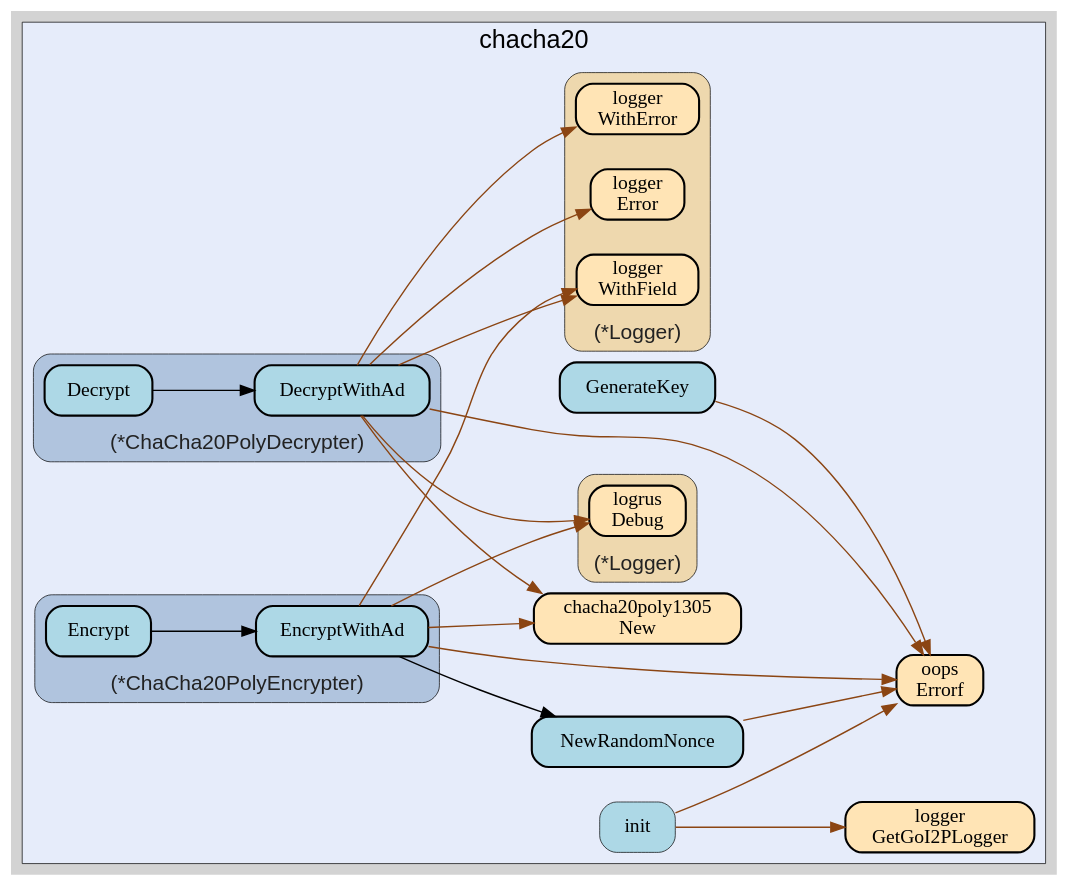
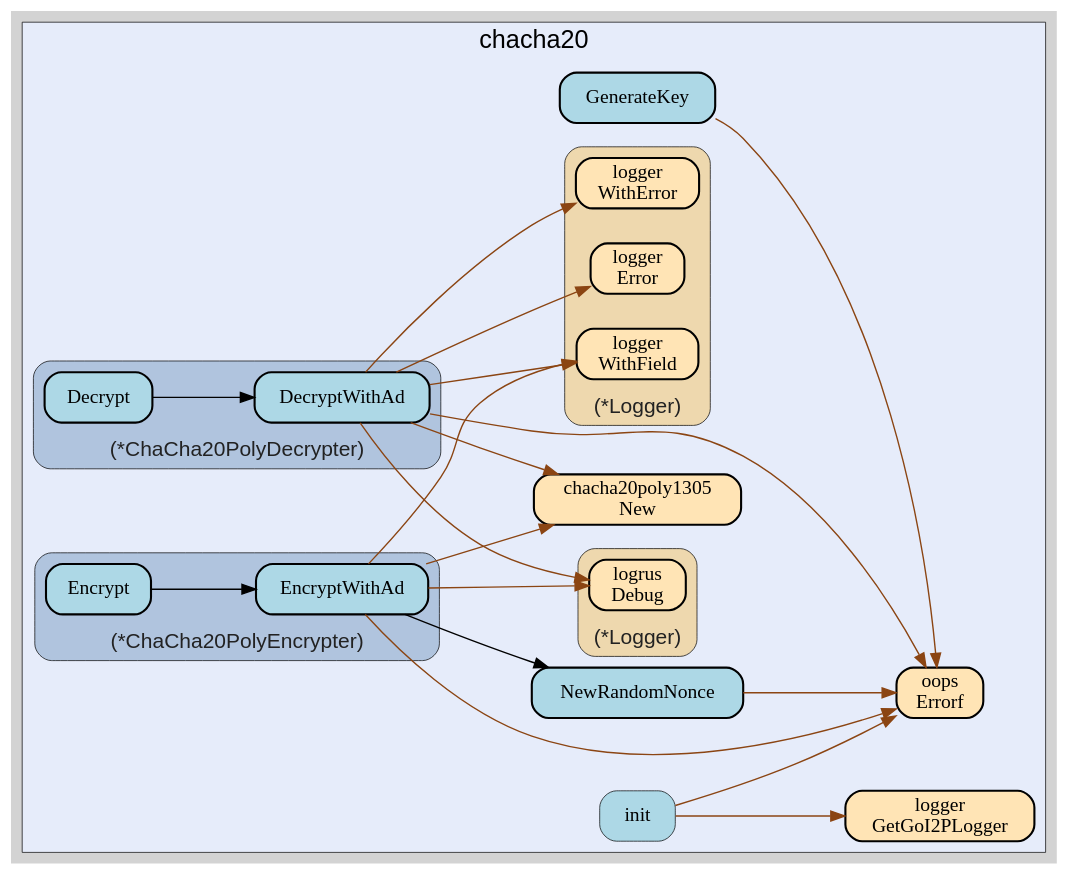
One commit to go-i2p/crypto changed the diagram in chacha20/chacha20.gv. Above: the diagram before and after it, drawn with Graphviz. The commit also changed 37 other files, not shown here.

```diff
--- a/chacha20/chacha20.gv
+++ b/chacha20/chacha20.gv
@@ -20,90 +20,90 @@
 labeljust="c";
 fontsize="18";
         
-        "github.com/samber/oops.Errorf" [ label="oops\nErrorf" penwidth="1.5" tooltip="github.com/samber/oops.Errorf | defined in oops.go:34" fillcolor="moccasin" ]
         "golang.org/x/crypto/chacha20poly1305.New" [ penwidth="1.5" tooltip="golang.org/x/crypto/chacha20poly1305.New | defined in chacha20poly1305.go:40" fillcolor="moccasin" label="chacha20poly1305\nNew" ]
-        "github.com/go-i2p/crypto/chacha20.init" [ fillcolor="lightblue" label="init" penwidth="0.5" tooltip="github.com/go-i2p/crypto/chacha20.init | defined in .:0\nat chacha20.go:22: calling [github.com/samber/oops.Errorf]\nat chacha20.go:23: calling [github.com/samber/oops.Errorf]\nat chacha20.go:24: calling [github.com/samber/oops.Errorf]\nat chacha20.go:25: calling [github.com/samber/oops.Errorf]\nat chacha20.go:26: calling [github.com/samber/oops.Errorf]\nat chacha20.go:11: calling [github.com/go-i2p/logger.GetGoI2PLogger]" ]
+        "github.com/samber/oops.Errorf" [ fillcolor="moccasin" label="oops\nErrorf" penwidth="1.5" tooltip="github.com/samber/oops.Errorf | defined in oops.go:34" ]
+        "github.com/go-i2p/crypto/chacha20.NewRandomNonce" [ fillcolor="lightblue" label="NewRandomNonce" penwidth="1.5" tooltip="github.com/go-i2p/crypto/chacha20.NewRandomNonce | defined in utils.go:13\nat utils.go:17: calling [github.com/samber/oops.Errorf]" ]
+        "github.com/go-i2p/crypto/chacha20.GenerateKey" [ tooltip="github.com/go-i2p/crypto/chacha20.GenerateKey | defined in chacha20_key.go:12\nat chacha20_key.go:16: calling [github.com/samber/oops.Errorf]" fillcolor="lightblue" label="GenerateKey" penwidth="1.5" ]
+        "github.com/go-i2p/crypto/chacha20.init" [ label="init" penwidth="0.5" tooltip="github.com/go-i2p/crypto/chacha20.init | defined in .:0\nat constants.go:23: calling [github.com/samber/oops.Errorf]\nat constants.go:24: calling [github.com/samber/oops.Errorf]\nat constants.go:25: calling [github.com/samber/oops.Errorf]\nat constants.go:26: calling [github.com/samber/oops.Errorf]\nat constants.go:27: calling [github.com/samber/oops.Errorf]\nat constants.go:10: calling [github.com/go-i2p/logger.GetGoI2PLogger]" fillcolor="lightblue" ]
         "github.com/go-i2p/logger.GetGoI2PLogger" [ fillcolor="moccasin" label="logger\nGetGoI2PLogger" penwidth="1.5" tooltip="github.com/go-i2p/logger.GetGoI2PLogger | defined in log.go:120" ]
-        "github.com/go-i2p/crypto/chacha20.NewRandomNonce" [ fillcolor="lightblue" label="NewRandomNonce" penwidth="1.5" tooltip="github.com/go-i2p/crypto/chacha20.NewRandomNonce | defined in chacha20.go:36\nat chacha20.go:40: calling [github.com/samber/oops.Errorf]" ]
-        "github.com/go-i2p/crypto/chacha20.GenerateKey" [ tooltip="github.com/go-i2p/crypto/chacha20.GenerateKey | defined in chacha20_key.go:12\nat chacha20_key.go:16: calling [github.com/samber/oops.Errorf]" fillcolor="lightblue" label="GenerateKey" penwidth="1.5" ]
         
         subgraph "cluster_*github.com/go-i2p/crypto/chacha20.ChaCha20PolyDecrypter" {
-        fontcolor="#222222";
+        penwidth="0.5";
+fontsize="15";
+fontcolor="#222222";
+style="rounded,filled";
+tooltip="type: *github.com/go-i2p/crypto/chacha20.ChaCha20PolyDecrypter";
 labelloc="b";
-tooltip="type: *github.com/go-i2p/crypto/chacha20.ChaCha20PolyDecrypter";
-penwidth="0.5";
-fontsize="15";
-style="rounded,filled";
 fillcolor="lightsteelblue";
 label="(*ChaCha20PolyDecrypter)";
         
-        "(*github.com/go-i2p/crypto/chacha20.ChaCha20PolyDecrypter).DecryptWithAd" [ tooltip="(*github.com/go-i2p/crypto/chacha20.ChaCha20PolyDecrypter).DecryptWithAd | defined in chacha20_decrypter.go:20\nat chacha20_decrypter.go:29: calling [golang.org/x/crypto/chacha20poly1305.New]\nat chacha20_decrypter.go:41: calling [(*github.com/go-i2p/logger.Logger).WithError]\nat chacha20_decrypter.go:41: calling [(*github.com/go-i2p/logger.Logger).Error]\nat chacha20_decrypter.go:21: calling [(*github.com/go-i2p/logger.Logger).WithField]\nat chacha20_decrypter.go:45: calling [(*github.com/go-i2p/logger.Logger).WithField]\nat chacha20_decrypter.go:21: calling [(*github.com/sirupsen/logrus.Logger).Debug]\nat chacha20_decrypter.go:45: calling [(*github.com/sirupsen/logrus.Logger).Debug]\nat chacha20_decrypter.go:25: calling [github.com/samber/oops.Errorf]\nat chacha20_decrypter.go:31: calling [github.com/samber/oops.Errorf]" fillcolor="lightblue" label="DecryptWithAd" penwidth="1.5" ]
-        "(*github.com/go-i2p/crypto/chacha20.ChaCha20PolyDecrypter).Decrypt" [ fillcolor="lightblue" label="Decrypt" penwidth="1.5" tooltip="(*github.com/go-i2p/crypto/chacha20.ChaCha20PolyDecrypter).Decrypt | defined in chacha20_decrypter.go:15\nat chacha20_decrypter.go:16: calling [(*github.com/go-i2p/crypto/chacha20.ChaCha20PolyDecrypter).DecryptWithAd]" ]
+        "(*github.com/go-i2p/crypto/chacha20.ChaCha20PolyDecrypter).DecryptWithAd" [ penwidth="1.5" tooltip="(*github.com/go-i2p/crypto/chacha20.ChaCha20PolyDecrypter).DecryptWithAd | defined in chacha20_decrypter.go:20\nat chacha20_decrypter.go:21: calling [(*github.com/sirupsen/logrus.Logger).Debug]\nat chacha20_decrypter.go:45: calling [(*github.com/sirupsen/logrus.Logger).Debug]\nat chacha20_decrypter.go:25: calling [github.com/samber/oops.Errorf]\nat chacha20_decrypter.go:31: calling [github.com/samber/oops.Errorf]\nat chacha20_decrypter.go:21: calling [(*github.com/go-i2p/logger.Logger).WithField]\nat chacha20_decrypter.go:45: calling [(*github.com/go-i2p/logger.Logger).WithField]\nat chacha20_decrypter.go:29: calling [golang.org/x/crypto/chacha20poly1305.New]\nat chacha20_decrypter.go:41: calling [(*github.com/go-i2p/logger.Logger).WithError]\nat chacha20_decrypter.go:41: calling [(*github.com/go-i2p/logger.Logger).Error]" fillcolor="lightblue" label="DecryptWithAd" ]
+        "(*github.com/go-i2p/crypto/chacha20.ChaCha20PolyDecrypter).Decrypt" [ tooltip="(*github.com/go-i2p/crypto/chacha20.ChaCha20PolyDecrypter).Decrypt | defined in chacha20_decrypter.go:15\nat chacha20_decrypter.go:16: calling [(*github.com/go-i2p/crypto/chacha20.ChaCha20PolyDecrypter).DecryptWithAd]" fillcolor="lightblue" label="Decrypt" penwidth="1.5" ]
         
     }
 
         subgraph "cluster_*github.com/go-i2p/crypto/chacha20.ChaCha20PolyEncrypter" {
-        tooltip="type: *github.com/go-i2p/crypto/chacha20.ChaCha20PolyEncrypter";
+        penwidth="0.5";
 fontsize="15";
+labelloc="b";
 label="(*ChaCha20PolyEncrypter)";
-penwidth="0.5";
 fontcolor="#222222";
-labelloc="b";
 style="rounded,filled";
 fillcolor="lightsteelblue";
+tooltip="type: *github.com/go-i2p/crypto/chacha20.ChaCha20PolyEncrypter";
         
-        "(*github.com/go-i2p/crypto/chacha20.ChaCha20PolyEncrypter).EncryptWithAd" [ fillcolor="lightblue" label="EncryptWithAd" penwidth="1.5" tooltip="(*github.com/go-i2p/crypto/chacha20.ChaCha20PolyEncrypter).EncryptWithAd | defined in chacha20_encrypter.go:21\nat chacha20_encrypter.go:22: calling [(*github.com/go-i2p/logger.Logger).WithField]\nat chacha20_encrypter.go:44: calling [(*github.com/go-i2p/logger.Logger).WithField]\nat chacha20_encrypter.go:31: calling [github.com/go-i2p/crypto/chacha20.NewRandomNonce]\nat chacha20_encrypter.go:25: calling [golang.org/x/crypto/chacha20poly1305.New]\nat chacha20_encrypter.go:27: calling [github.com/samber/oops.Errorf]\nat chacha20_encrypter.go:22: calling [(*github.com/sirupsen/logrus.Logger).Debug]\nat chacha20_encrypter.go:44: calling [(*github.com/sirupsen/logrus.Logger).Debug]" ]
+        "(*github.com/go-i2p/crypto/chacha20.ChaCha20PolyEncrypter).EncryptWithAd" [ fillcolor="lightblue" label="EncryptWithAd" penwidth="1.5" tooltip="(*github.com/go-i2p/crypto/chacha20.ChaCha20PolyEncrypter).EncryptWithAd | defined in chacha20_encrypter.go:21\nat chacha20_encrypter.go:27: calling [github.com/samber/oops.Errorf]\nat chacha20_encrypter.go:31: calling [github.com/go-i2p/crypto/chacha20.NewRandomNonce]\nat chacha20_encrypter.go:22: calling [(*github.com/go-i2p/logger.Logger).WithField]\nat chacha20_encrypter.go:44: calling [(*github.com/go-i2p/logger.Logger).WithField]\nat chacha20_encrypter.go:25: calling [golang.org/x/crypto/chacha20poly1305.New]\nat chacha20_encrypter.go:22: calling [(*github.com/sirupsen/logrus.Logger).Debug]\nat chacha20_encrypter.go:44: calling [(*github.com/sirupsen/logrus.Logger).Debug]" ]
         "(*github.com/go-i2p/crypto/chacha20.ChaCha20PolyEncrypter).Encrypt" [ fillcolor="lightblue" label="Encrypt" penwidth="1.5" tooltip="(*github.com/go-i2p/crypto/chacha20.ChaCha20PolyEncrypter).Encrypt | defined in chacha20_encrypter.go:15\nat chacha20_encrypter.go:16: calling [(*github.com/go-i2p/crypto/chacha20.ChaCha20PolyEncrypter).EncryptWithAd]" ]
         
     }
 
         subgraph "cluster_*github.com/go-i2p/logger.Logger" {
-        fontsize="15";
+        style="rounded,filled";
+fillcolor="wheat2";
+label="(*Logger)";
+tooltip="type: *github.com/go-i2p/logger.Logger";
+penwidth="0.5";
+fontsize="15";
+fontcolor="#222222";
+labelloc="b";
+        
+        "(*github.com/go-i2p/logger.Logger).WithField" [ label="logger\nWithField" penwidth="1.5" tooltip="(*github.com/go-i2p/logger.Logger).WithField | defined in log.go:54" fillcolor="moccasin" ]
+        "(*github.com/go-i2p/logger.Logger).WithError" [ penwidth="1.5" tooltip="(*github.com/go-i2p/logger.Logger).WithError | defined in log.go:66" fillcolor="moccasin" label="logger\nWithError" ]
+        "(*github.com/go-i2p/logger.Logger).Error" [ fillcolor="moccasin" label="logger\nError" penwidth="1.5" tooltip="(*github.com/go-i2p/logger.Logger).Error | defined in log.go:42" ]
+        
+    }
+
+        subgraph "cluster_*github.com/sirupsen/logrus.Logger" {
+        label="(*Logger)";
+tooltip="type: *github.com/sirupsen/logrus.Logger";
+penwidth="0.5";
+fontsize="15";
 fontcolor="#222222";
 labelloc="b";
 style="rounded,filled";
 fillcolor="wheat2";
-label="(*Logger)";
-tooltip="type: *github.com/go-i2p/logger.Logger";
-penwidth="0.5";
         
-        "(*github.com/go-i2p/logger.Logger).WithField" [ tooltip="(*github.com/go-i2p/logger.Logger).WithField | defined in log.go:54" fillcolor="moccasin" label="logger\nWithField" penwidth="1.5" ]
-        "(*github.com/go-i2p/logger.Logger).WithError" [ fillcolor="moccasin" label="logger\nWithError" penwidth="1.5" tooltip="(*github.com/go-i2p/logger.Logger).WithError | defined in log.go:66" ]
-        "(*github.com/go-i2p/logger.Logger).Error" [ tooltip="(*github.com/go-i2p/logger.Logger).Error | defined in log.go:42" fillcolor="moccasin" label="logger\nError" penwidth="1.5" ]
-        
-    }
-
-        subgraph "cluster_*github.com/sirupsen/logrus.Logger" {
-        labelloc="b";
-style="rounded,filled";
-fillcolor="wheat2";
-label="(*Logger)";
-tooltip="type: *github.com/sirupsen/logrus.Logger";
-penwidth="0.5";
-fontsize="15";
-fontcolor="#222222";
-        
-        "(*github.com/sirupsen/logrus.Logger).Debug" [ fillcolor="moccasin" label="logrus\nDebug" penwidth="1.5" tooltip="(*github.com/sirupsen/logrus.Logger).Debug | defined in logger.go:221" ]
+        "(*github.com/sirupsen/logrus.Logger).Debug" [ label="logrus\nDebug" penwidth="1.5" tooltip="(*github.com/sirupsen/logrus.Logger).Debug | defined in logger.go:221" fillcolor="moccasin" ]
         
     }
 
     }
 
+    "(*github.com/go-i2p/crypto/chacha20.ChaCha20PolyDecrypter).DecryptWithAd" -> "(*github.com/sirupsen/logrus.Logger).Debug" [ color="saddlebrown" tooltip="at chacha20_decrypter.go:21: calling [(*github.com/sirupsen/logrus.Logger).Debug]\nat chacha20_decrypter.go:45: calling [(*github.com/sirupsen/logrus.Logger).Debug]" ]
+    "(*github.com/go-i2p/crypto/chacha20.ChaCha20PolyDecrypter).DecryptWithAd" -> "github.com/samber/oops.Errorf" [ tooltip="at chacha20_decrypter.go:25: calling [github.com/samber/oops.Errorf]\nat chacha20_decrypter.go:31: calling [github.com/samber/oops.Errorf]" color="saddlebrown" ]
+    "(*github.com/go-i2p/crypto/chacha20.ChaCha20PolyDecrypter).DecryptWithAd" -> "(*github.com/go-i2p/logger.Logger).WithField" [ tooltip="at chacha20_decrypter.go:21: calling [(*github.com/go-i2p/logger.Logger).WithField]\nat chacha20_decrypter.go:45: calling [(*github.com/go-i2p/logger.Logger).WithField]" color="saddlebrown" ]
+    "(*github.com/go-i2p/crypto/chacha20.ChaCha20PolyEncrypter).EncryptWithAd" -> "github.com/samber/oops.Errorf" [ color="saddlebrown" tooltip="at chacha20_encrypter.go:27: calling [github.com/samber/oops.Errorf]" ]
+    "github.com/go-i2p/crypto/chacha20.NewRandomNonce" -> "github.com/samber/oops.Errorf" [ color="saddlebrown" tooltip="at utils.go:17: calling [github.com/samber/oops.Errorf]" ]
+    "(*github.com/go-i2p/crypto/chacha20.ChaCha20PolyEncrypter).EncryptWithAd" -> "github.com/go-i2p/crypto/chacha20.NewRandomNonce" [ tooltip="at chacha20_encrypter.go:31: calling [github.com/go-i2p/crypto/chacha20.NewRandomNonce]" ]
+    "(*github.com/go-i2p/crypto/chacha20.ChaCha20PolyEncrypter).EncryptWithAd" -> "(*github.com/go-i2p/logger.Logger).WithField" [ color="saddlebrown" tooltip="at chacha20_encrypter.go:22: calling [(*github.com/go-i2p/logger.Logger).WithField]\nat chacha20_encrypter.go:44: calling [(*github.com/go-i2p/logger.Logger).WithField]" ]
+    "(*github.com/go-i2p/crypto/chacha20.ChaCha20PolyEncrypter).EncryptWithAd" -> "golang.org/x/crypto/chacha20poly1305.New" [ color="saddlebrown" tooltip="at chacha20_encrypter.go:25: calling [golang.org/x/crypto/chacha20poly1305.New]" ]
+    "github.com/go-i2p/crypto/chacha20.GenerateKey" -> "github.com/samber/oops.Errorf" [ color="saddlebrown" tooltip="at chacha20_key.go:16: calling [github.com/samber/oops.Errorf]" ]
+    "github.com/go-i2p/crypto/chacha20.init" -> "github.com/samber/oops.Errorf" [ color="saddlebrown" tooltip="at constants.go:23: calling [github.com/samber/oops.Errorf]\nat constants.go:24: calling [github.com/samber/oops.Errorf]\nat constants.go:25: calling [github.com/samber/oops.Errorf]\nat constants.go:26: calling [github.com/samber/oops.Errorf]\nat constants.go:27: calling [github.com/samber/oops.Errorf]" ]
     "(*github.com/go-i2p/crypto/chacha20.ChaCha20PolyDecrypter).DecryptWithAd" -> "golang.org/x/crypto/chacha20poly1305.New" [ color="saddlebrown" tooltip="at chacha20_decrypter.go:29: calling [golang.org/x/crypto/chacha20poly1305.New]" ]
     "(*github.com/go-i2p/crypto/chacha20.ChaCha20PolyDecrypter).DecryptWithAd" -> "(*github.com/go-i2p/logger.Logger).WithError" [ color="saddlebrown" tooltip="at chacha20_decrypter.go:41: calling [(*github.com/go-i2p/logger.Logger).WithError]" ]
-    "github.com/go-i2p/crypto/chacha20.init" -> "github.com/samber/oops.Errorf" [ color="saddlebrown" tooltip="at chacha20.go:22: calling [github.com/samber/oops.Errorf]\nat chacha20.go:23: calling [github.com/samber/oops.Errorf]\nat chacha20.go:24: calling [github.com/samber/oops.Errorf]\nat chacha20.go:25: calling [github.com/samber/oops.Errorf]\nat chacha20.go:26: calling [github.com/samber/oops.Errorf]" ]
-    "github.com/go-i2p/crypto/chacha20.NewRandomNonce" -> "github.com/samber/oops.Errorf" [ color="saddlebrown" tooltip="at chacha20.go:40: calling [github.com/samber/oops.Errorf]" ]
-    "(*github.com/go-i2p/crypto/chacha20.ChaCha20PolyEncrypter).EncryptWithAd" -> "(*github.com/go-i2p/logger.Logger).WithField" [ color="saddlebrown" tooltip="at chacha20_encrypter.go:22: calling [(*github.com/go-i2p/logger.Logger).WithField]\nat chacha20_encrypter.go:44: calling [(*github.com/go-i2p/logger.Logger).WithField]" ]
-    "(*github.com/go-i2p/crypto/chacha20.ChaCha20PolyEncrypter).EncryptWithAd" -> "github.com/go-i2p/crypto/chacha20.NewRandomNonce" [ tooltip="at chacha20_encrypter.go:31: calling [github.com/go-i2p/crypto/chacha20.NewRandomNonce]" ]
+    "(*github.com/go-i2p/crypto/chacha20.ChaCha20PolyDecrypter).DecryptWithAd" -> "(*github.com/go-i2p/logger.Logger).Error" [ color="saddlebrown" tooltip="at chacha20_decrypter.go:41: calling [(*github.com/go-i2p/logger.Logger).Error]" ]
+    "(*github.com/go-i2p/crypto/chacha20.ChaCha20PolyDecrypter).Decrypt" -> "(*github.com/go-i2p/crypto/chacha20.ChaCha20PolyDecrypter).DecryptWithAd" [ tooltip="at chacha20_decrypter.go:16: calling [(*github.com/go-i2p/crypto/chacha20.ChaCha20PolyDecrypter).DecryptWithAd]" ]
+    "(*github.com/go-i2p/crypto/chacha20.ChaCha20PolyEncrypter).EncryptWithAd" -> "(*github.com/sirupsen/logrus.Logger).Debug" [ color="saddlebrown" tooltip="at chacha20_encrypter.go:22: calling [(*github.com/sirupsen/logrus.Logger).Debug]\nat chacha20_encrypter.go:44: calling [(*github.com/sirupsen/logrus.Logger).Debug]" ]
     "(*github.com/go-i2p/crypto/chacha20.ChaCha20PolyEncrypter).Encrypt" -> "(*github.com/go-i2p/crypto/chacha20.ChaCha20PolyEncrypter).EncryptWithAd" [ tooltip="at chacha20_encrypter.go:16: calling [(*github.com/go-i2p/crypto/chacha20.ChaCha20PolyEncrypter).EncryptWithAd]" ]
-    "(*github.com/go-i2p/crypto/chacha20.ChaCha20PolyDecrypter).DecryptWithAd" -> "(*github.com/go-i2p/logger.Logger).Error" [ color="saddlebrown" tooltip="at chacha20_decrypter.go:41: calling [(*github.com/go-i2p/logger.Logger).Error]" ]
-    "(*github.com/go-i2p/crypto/chacha20.ChaCha20PolyEncrypter).EncryptWithAd" -> "golang.org/x/crypto/chacha20poly1305.New" [ color="saddlebrown" tooltip="at chacha20_encrypter.go:25: calling [golang.org/x/crypto/chacha20poly1305.New]" ]
-    "(*github.com/go-i2p/crypto/chacha20.ChaCha20PolyEncrypter).EncryptWithAd" -> "github.com/samber/oops.Errorf" [ color="saddlebrown" tooltip="at chacha20_encrypter.go:27: calling [github.com/samber/oops.Errorf]" ]
-    "github.com/go-i2p/crypto/chacha20.GenerateKey" -> "github.com/samber/oops.Errorf" [ color="saddlebrown" tooltip="at chacha20_key.go:16: calling [github.com/samber/oops.Errorf]" ]
-    "(*github.com/go-i2p/crypto/chacha20.ChaCha20PolyDecrypter).DecryptWithAd" -> "(*github.com/go-i2p/logger.Logger).WithField" [ color="saddlebrown" tooltip="at chacha20_decrypter.go:21: calling [(*github.com/go-i2p/logger.Logger).WithField]\nat chacha20_decrypter.go:45: calling [(*github.com/go-i2p/logger.Logger).WithField]" ]
-    "(*github.com/go-i2p/crypto/chacha20.ChaCha20PolyEncrypter).EncryptWithAd" -> "(*github.com/sirupsen/logrus.Logger).Debug" [ color="saddlebrown" tooltip="at chacha20_encrypter.go:22: calling [(*github.com/sirupsen/logrus.Logger).Debug]\nat chacha20_encrypter.go:44: calling [(*github.com/sirupsen/logrus.Logger).Debug]" ]
-    "(*github.com/go-i2p/crypto/chacha20.ChaCha20PolyDecrypter).Decrypt" -> "(*github.com/go-i2p/crypto/chacha20.ChaCha20PolyDecrypter).DecryptWithAd" [ tooltip="at chacha20_decrypter.go:16: calling [(*github.com/go-i2p/crypto/chacha20.ChaCha20PolyDecrypter).DecryptWithAd]" ]
-    "(*github.com/go-i2p/crypto/chacha20.ChaCha20PolyDecrypter).DecryptWithAd" -> "(*github.com/sirupsen/logrus.Logger).Debug" [ color="saddlebrown" tooltip="at chacha20_decrypter.go:21: calling [(*github.com/sirupsen/logrus.Logger).Debug]\nat chacha20_decrypter.go:45: calling [(*github.com/sirupsen/logrus.Logger).Debug]" ]
-    "(*github.com/go-i2p/crypto/chacha20.ChaCha20PolyDecrypter).DecryptWithAd" -> "github.com/samber/oops.Errorf" [ color="saddlebrown" tooltip="at chacha20_decrypter.go:25: calling [github.com/samber/oops.Errorf]\nat chacha20_decrypter.go:31: calling [github.com/samber/oops.Errorf]" ]
-    "github.com/go-i2p/crypto/chacha20.init" -> "github.com/go-i2p/logger.GetGoI2PLogger" [ color="saddlebrown" tooltip="at chacha20.go:11: calling [github.com/go-i2p/logger.GetGoI2PLogger]" ]
+    "github.com/go-i2p/crypto/chacha20.init" -> "github.com/go-i2p/logger.GetGoI2PLogger" [ color="saddlebrown" tooltip="at constants.go:10: calling [github.com/go-i2p/logger.GetGoI2PLogger]" ]
 }
```
